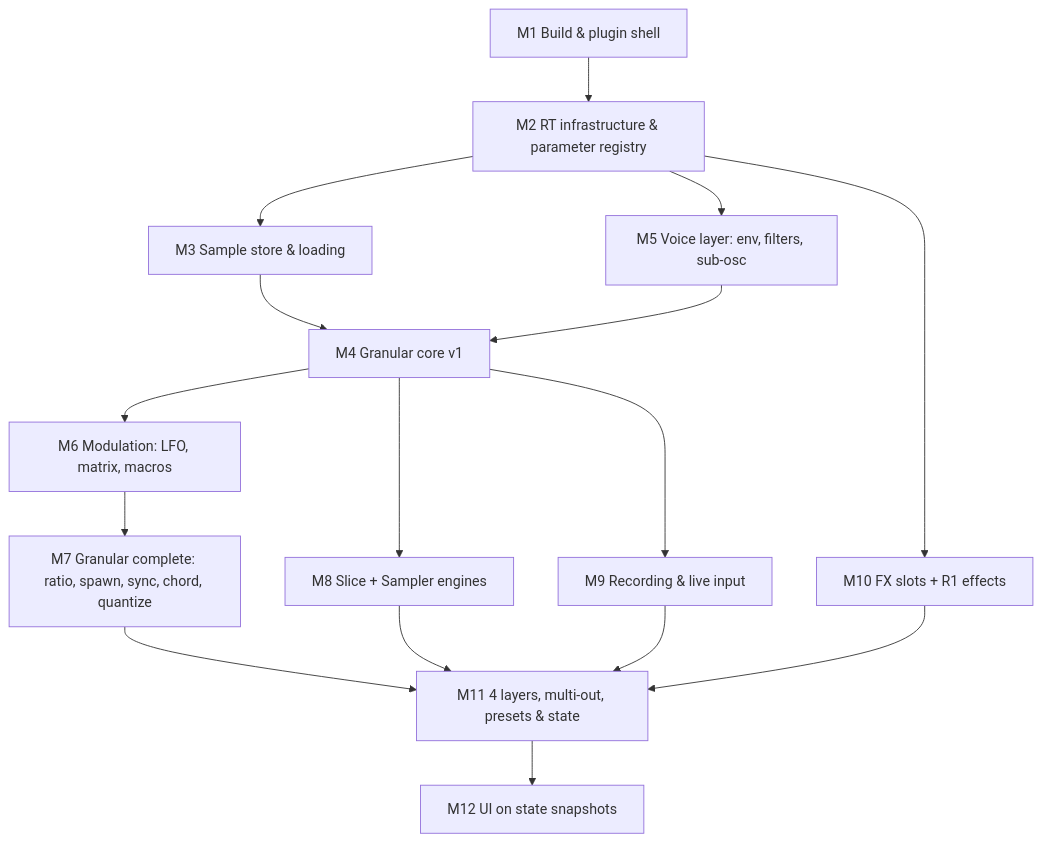
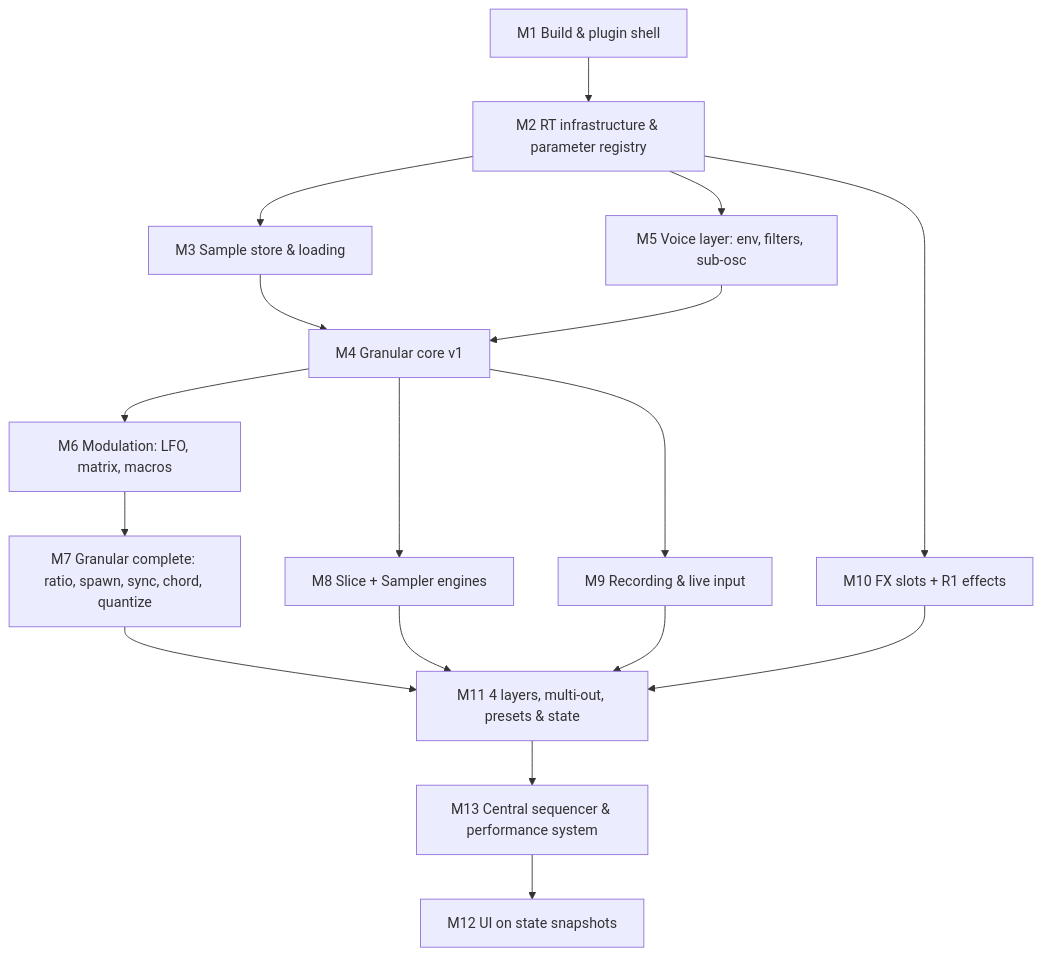
One commit to marentz120/granular-synth changed the second of 2 diagrams in docs/DEVELOPMENT_ROADMAP.md. Above: the diagram before and after it, drawn with Mermaid. The commit also changed other lines of this file, not shown here.

Commit message:
docs: align roadmap milestones with R1 sequencer and engines

````diff
--- a/docs/DEVELOPMENT_ROADMAP.md
+++ b/docs/DEVELOPMENT_ROADMAP.md
@@ -124,18 +124,19 @@
 ```mermaid
 flowchart TD
   M1[M1 Build & plugin shell] --> M2[M2 RT infrastructure & parameter registry]
   M2 --> M3[M3 Sample store & loading]
   M2 --> M5[M5 Voice layer: env, filters, sub-osc]
   M3 --> M4[M4 Granular core v1]
   M5 --> M4
   M4 --> M6[M6 Modulation: LFO, matrix, macros]
   M6 --> M7[M7 Granular complete: ratio, spawn, sync, chord, quantize]
   M4 --> M8[M8 Slice + Sampler engines]
   M4 --> M9[M9 Recording & live input]
   M2 --> M10[M10 FX slots + R1 effects]
   M7 --> M11[M11 4 layers, multi-out, presets & state]
   M8 --> M11
   M9 --> M11
   M10 --> M11
-  M11 --> M12[M12 UI on state snapshots]
+  M11 --> M13[M13 Central sequencer & performance system]
+  M13 --> M12[M12 UI on state snapshots]
 ```
````
